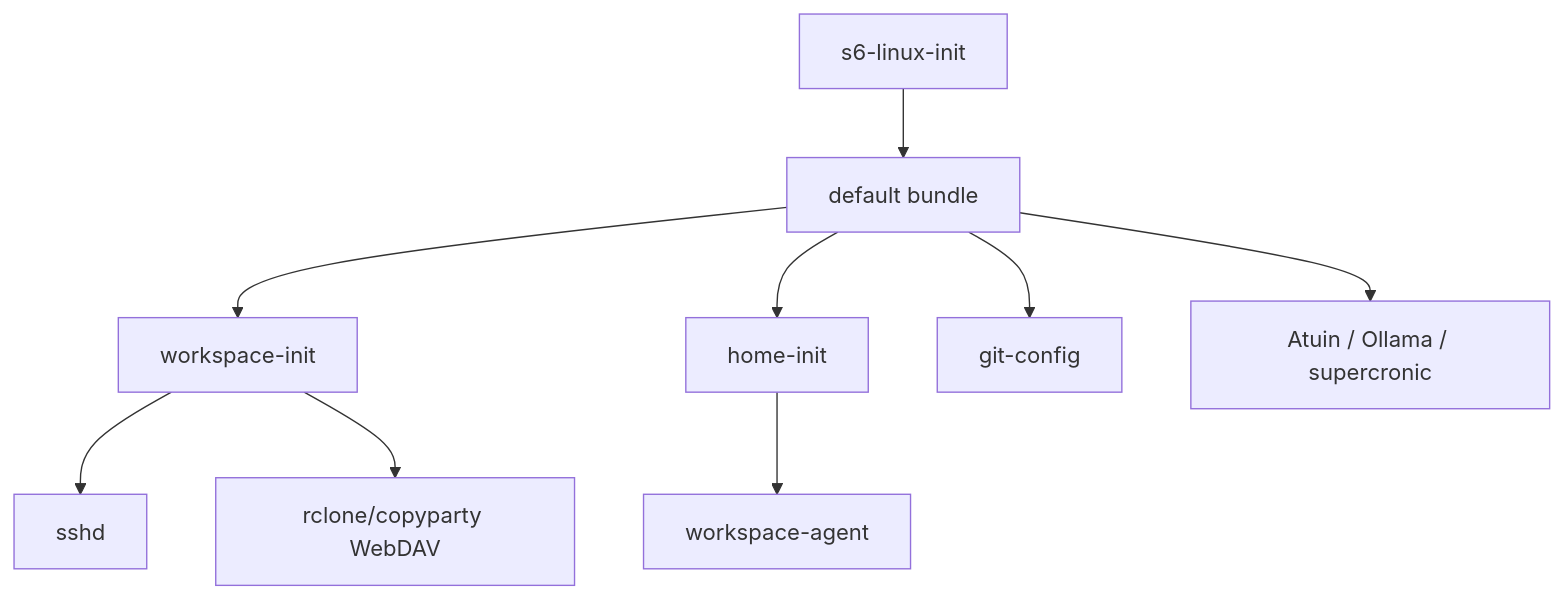
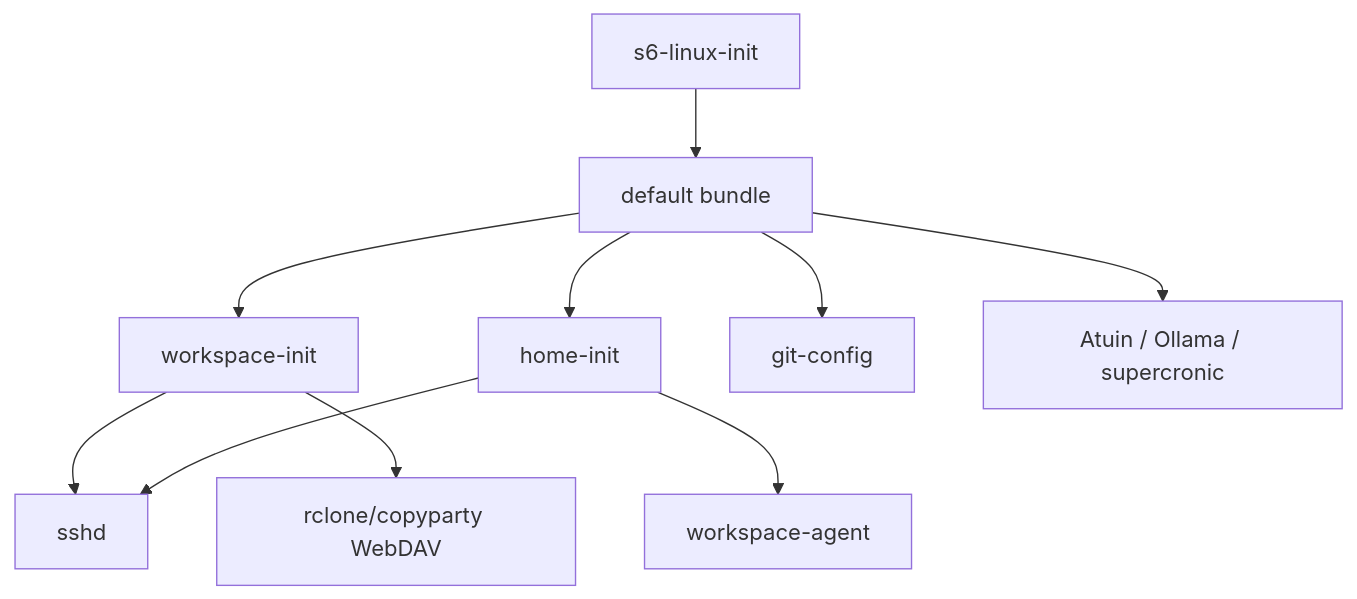
Before and after one commit to curoky/codespace: the second of 3 diagrams in platform/container/workspace/DESIGN.md, drawn with Mermaid. The commit also changed other lines of this file and 14 other files, not shown here.

````diff
--- a/platform/container/workspace/DESIGN.md
+++ b/platform/container/workspace/DESIGN.md
@@ -26,11 +26,12 @@
 ```mermaid
 flowchart TD
     Init["s6-linux-init"] --> Default["default bundle"]
     Default --> WorkspaceInit["workspace-init"]
     Default --> HomeInit["home-init"]
     Default --> GitConfig["git-config"]
     WorkspaceInit --> SSHD["sshd"]
+    HomeInit --> SSHD
     WorkspaceInit --> WebDAV["rclone/copyparty WebDAV"]
     HomeInit --> Agent["workspace-agent"]
     Default --> Other["Atuin / Ollama / supercronic"]
 ```
````
